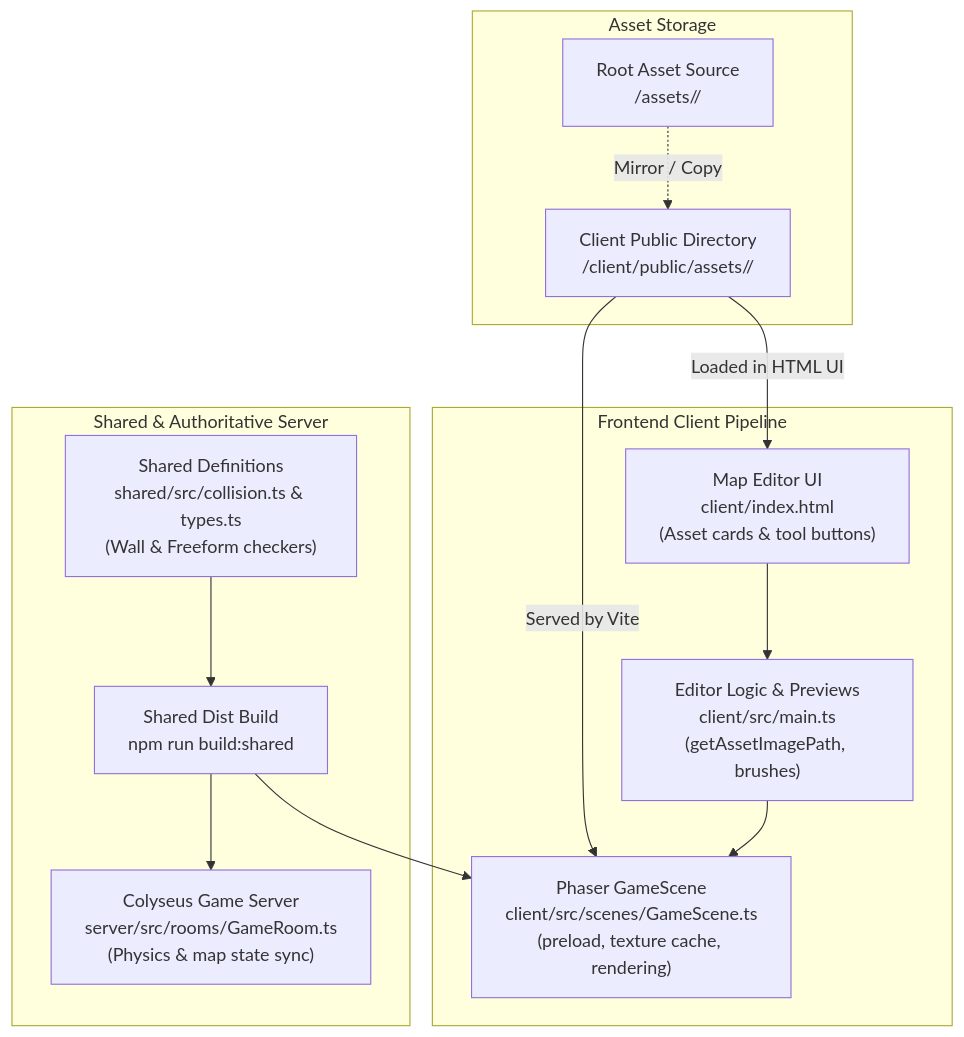
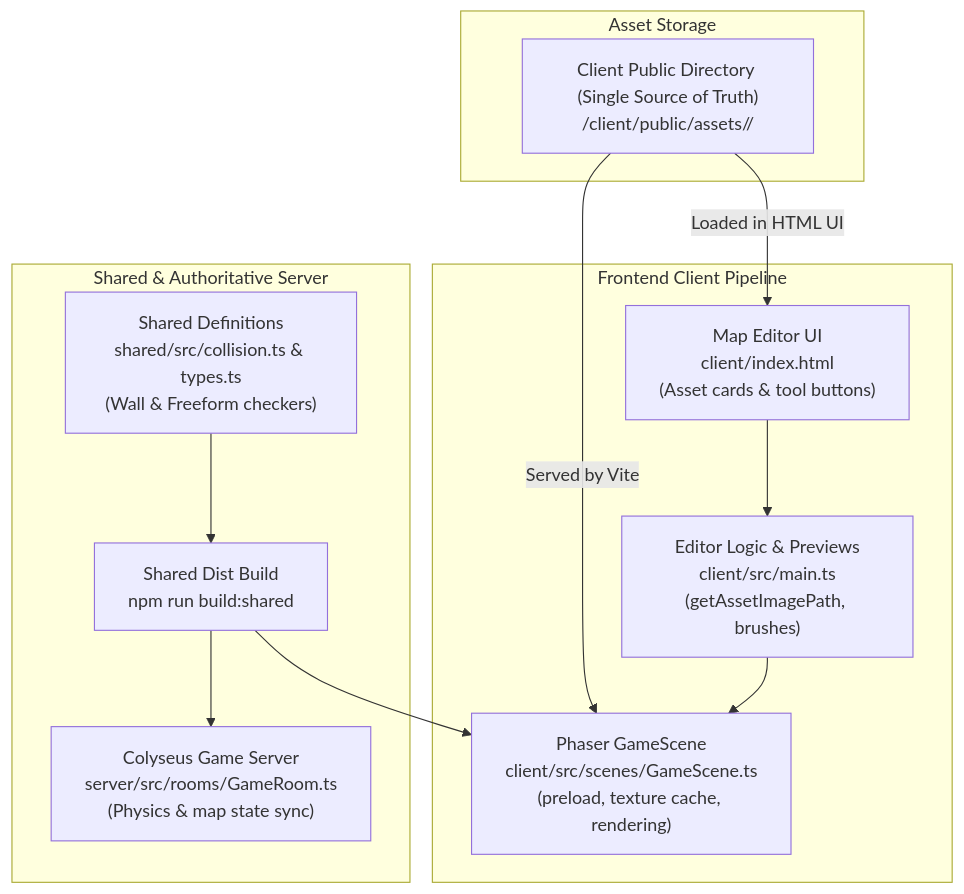
One commit to firdausfadzii/lepark changed the first of 2 diagrams in add_asset_guide.md. Above: the diagram before and after it, drawn with Mermaid. The commit also changed other lines of this file and 157 other files, not shown here.

````diff
--- a/add_asset_guide.md
+++ b/add_asset_guide.md
@@ -27,28 +27,26 @@
 ```mermaid
 flowchart TD
     subgraph Filesystem["Asset Storage"]
-        Src["Root Asset Source<br/>/assets/<category>/"]
-        Pub["Client Public Directory<br/>/client/public/assets/<category>/"]
-        Src -.->|Mirror / Copy| Pub
+        Pub["Client Public Directory (Single Source of Truth)<br/>/client/public/assets/<category>/"]
     end
 
     subgraph ClientLoad["Frontend Client Pipeline"]
         HTML["Map Editor UI<br/>client/index.html<br/>(Asset cards & tool buttons)"]
         MainTS["Editor Logic & Previews<br/>client/src/main.ts<br/>(getAssetImagePath, brushes)"]
         GameScene["Phaser GameScene<br/>client/src/scenes/GameScene.ts<br/>(preload, texture cache, rendering)"]
     end
 
     subgraph SharedServer["Shared & Authoritative Server"]
         SharedCol["Shared Definitions<br/>shared/src/collision.ts & types.ts<br/>(Wall & Freeform checkers)"]
         BuildShared["Shared Dist Build<br/>npm run build:shared"]
         GameRoom["Colyseus Game Server<br/>server/src/rooms/GameRoom.ts<br/>(Physics & map state sync)"]
     end
 
     Pub -->|Served by Vite| GameScene
     Pub -->|Loaded in HTML UI| HTML
     HTML --> MainTS
     MainTS --> GameScene
     SharedCol --> BuildShared
     BuildShared --> GameScene
     BuildShared --> GameRoom
 ```
````
